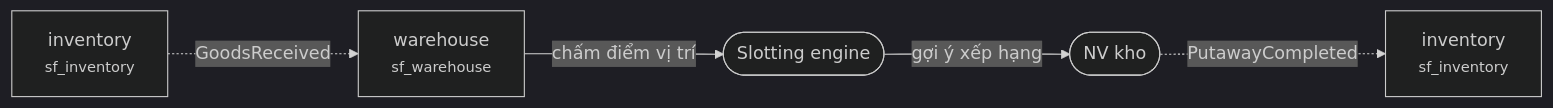
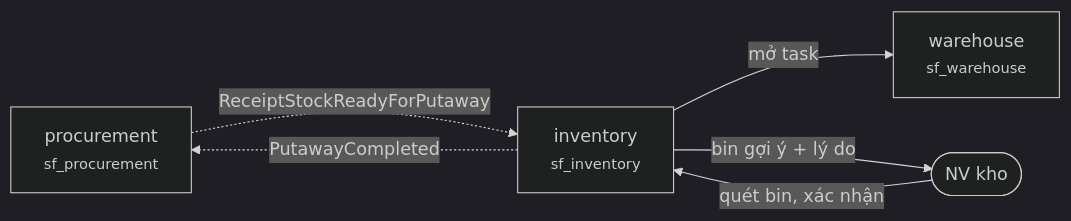
One commit to KLTN-FA26/be-backoffice-stockflow-commerce changed the fourth of 28 diagrams in docs/business-design/04c-all-flows.md. Above: the diagram before and after it, drawn with Mermaid (dark theme). The commit also changed other lines of this file and 2 other files, not shown here.

First line of the commit message:
docs: SCRUM-92 align putaway with the 05-putaway chapter

````diff
--- a/docs/business-design/04c-all-flows.md
+++ b/docs/business-design/04c-all-flows.md
@@ -188,12 +188,12 @@
 ```mermaid
 flowchart LR
-    N0["inventory<br><small>sf_inventory</small>"]
-    N1["warehouse<br><small>sf_warehouse</small>"]
-    N2(["Slotting engine"])
+    N0["procurement<br><small>sf_procurement</small>"]
+    N1["inventory<br><small>sf_inventory</small>"]
+    N2["warehouse<br><small>sf_warehouse</small>"]
     N3(["NV kho"])
-    N4["inventory<br><small>sf_inventory</small>"]
-    N0 -.->|"GoodsReceived"| N1
-    N1 -->|"chấm điểm vị trí"| N2
-    N2 -->|"gợi ý xếp hạng"| N3
-    N3 -.->|"PutawayCompleted"| N4
+    N0 -.->|"ReceiptStockReadyForPutaway"| N1
+    N1 -->|"mở task"| N2
+    N1 -->|"bin gợi ý + lý do"| N3
+    N3 -->|"quét bin, xác nhận"| N1
+    N1 -.->|"PutawayCompleted"| N0
 ```
````
